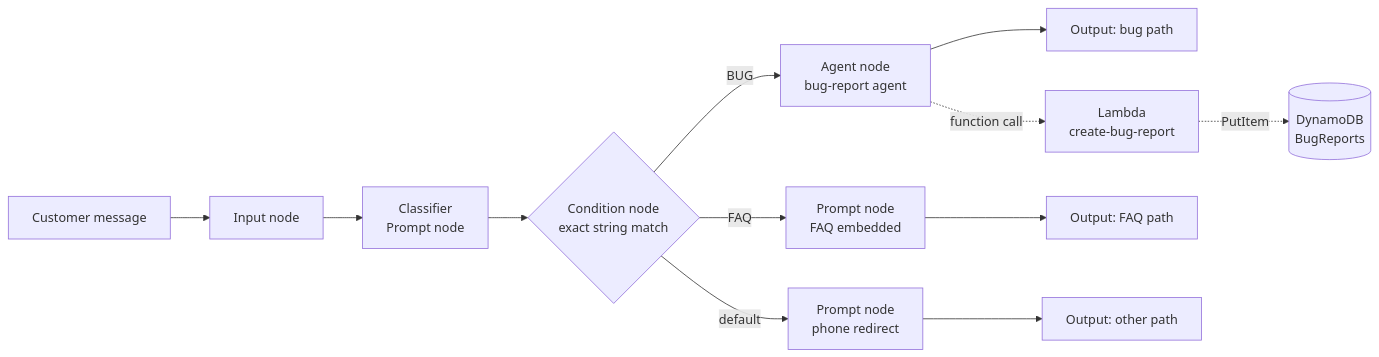
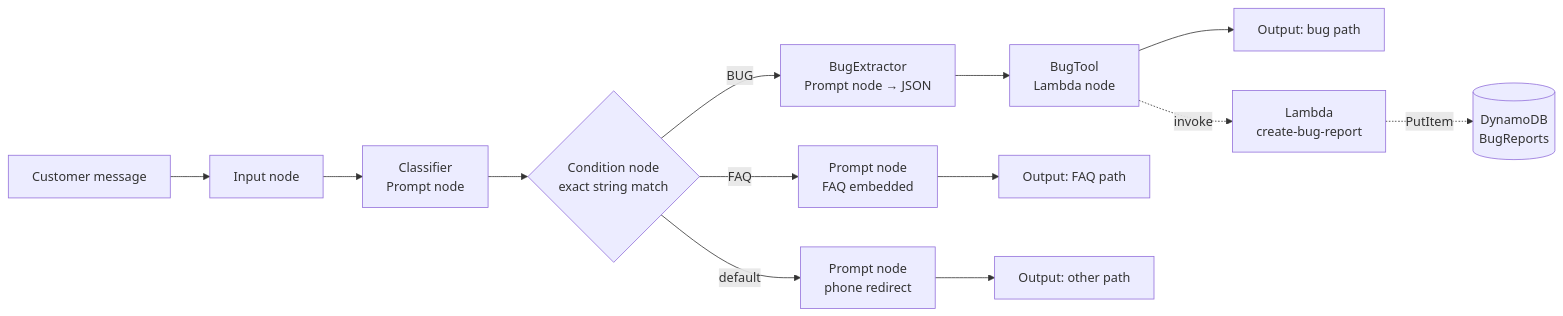
One commit to Bhardwaj-Saurabh/customer_support_chatbot_aws changed the first of 2 diagrams in docs/architecture.md. Above: the diagram before and after it, drawn with Mermaid. The commit also changed other lines of this file and 6 other files, not shown here.

First line of the commit message:
Implement Bedrock Flow, tests, and evaluation pipeline

````diff
--- a/docs/architecture.md
+++ b/docs/architecture.md
@@ -17,14 +17,15 @@
 ```mermaid
 flowchart LR
     U[Customer message] --> IN[Input node]
     IN --> C[Classifier<br/>Prompt node]
     C --> COND{Condition node<br/>exact string match}
-    COND -- "BUG" --> AG[Agent node<br/>bug-report agent]
+    COND -- "BUG" --> EX[BugExtractor<br/>Prompt node → JSON]
     COND -- "FAQ" --> FAQ[Prompt node<br/>FAQ embedded]
     COND -- default --> OTH[Prompt node<br/>phone redirect]
-    AG --> O1[Output: bug path]
+    EX --> BT[BugTool<br/>Lambda node]
+    BT --> O1[Output: bug path]
     FAQ --> O2[Output: FAQ path]
     OTH --> O3[Output: other path]
-    AG -. function call .-> L[Lambda<br/>create-bug-report]
+    BT -. invoke .-> L[Lambda<br/>create-bug-report]
     L -. PutItem .-> DB[(DynamoDB<br/>BugReports)]
 ```
````
